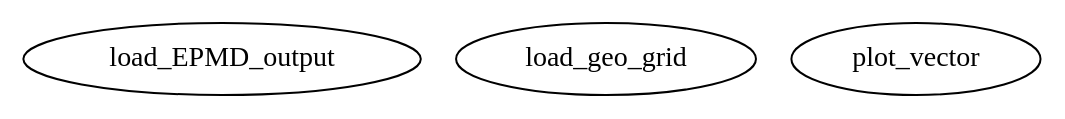
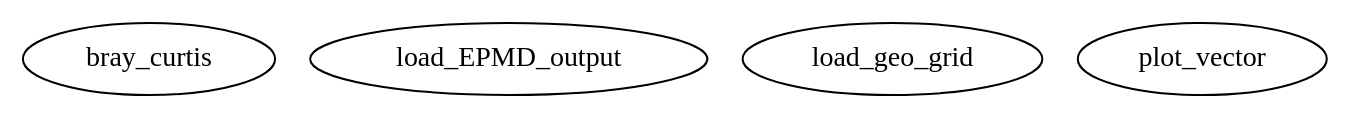
One commit to geebes/EPMD changed the diagram in docs/EPMD/Diagnostic_funcs/graph.dot. Above: the diagram before and after it, drawn with Graphviz. The commit also changed 26 other files, not shown here.

```diff
--- a/docs/EPMD/Diagnostic_funcs/graph.dot
+++ b/docs/EPMD/Diagnostic_funcs/graph.dot
@@ -1,7 +1,8 @@
 /* Created by mdot for Matlab */
 digraph m2html {
 
+  bray_curtis [URL="bray_curtis.html"];
   load_EPMD_output [URL="load_EPMD_output.html"];
   load_geo_grid [URL="load_geo_grid.html"];
   plot_vector [URL="plot_vector.html"];
 }
```
